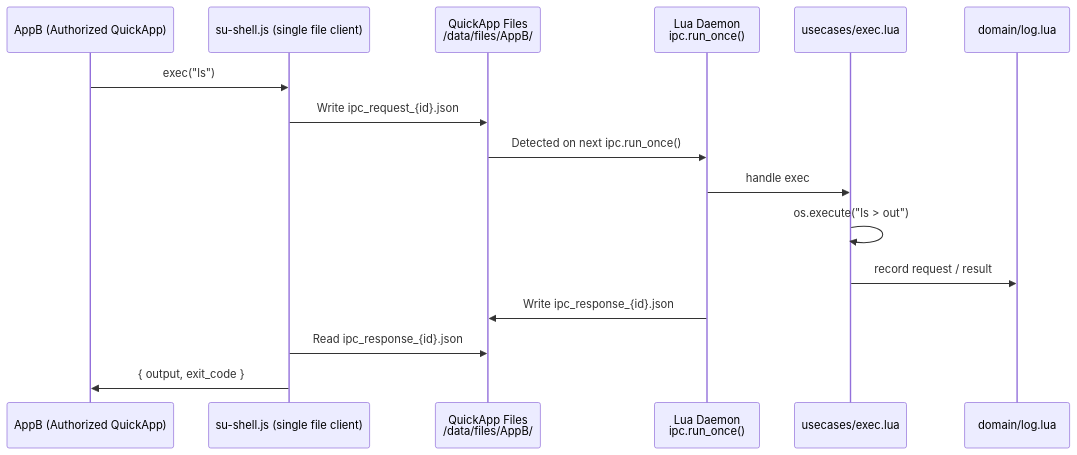
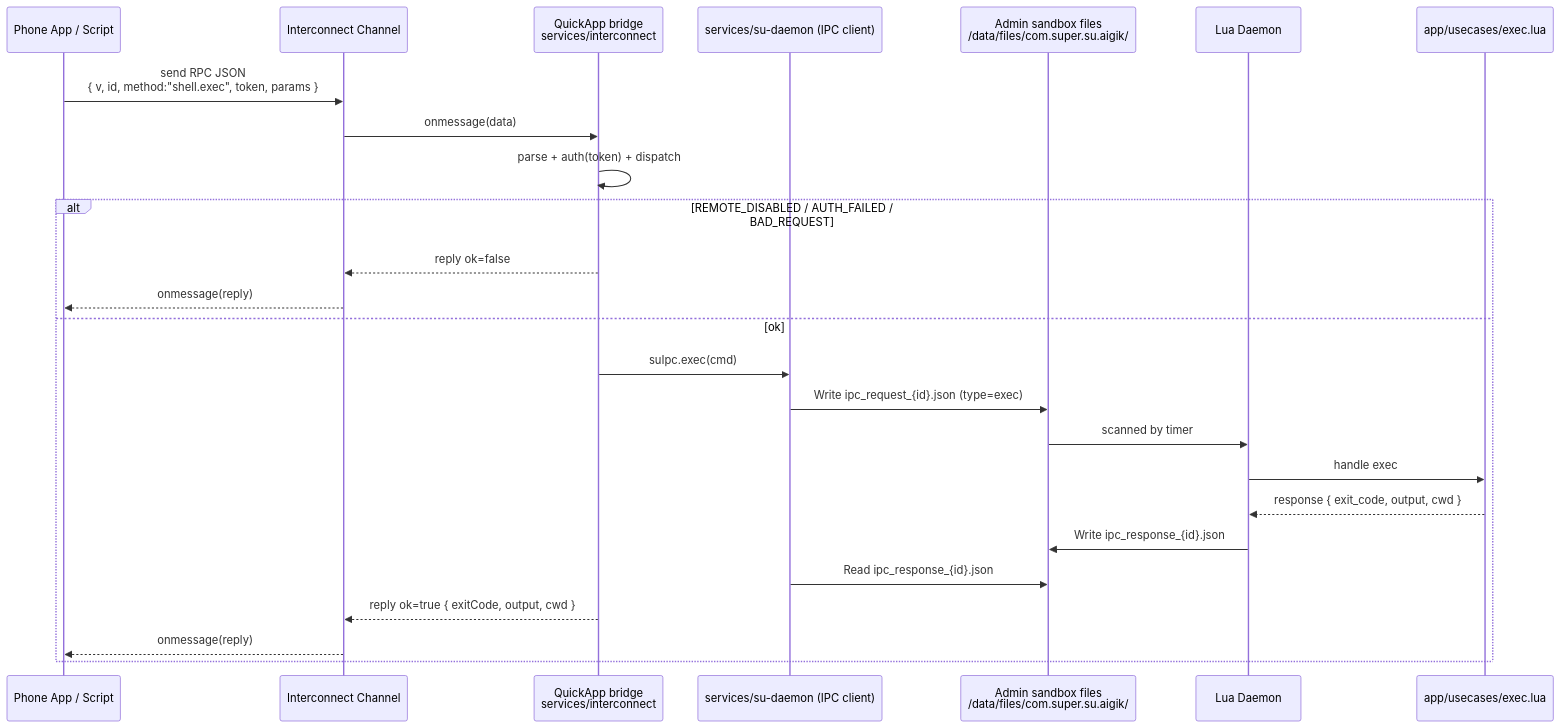
One commit to FangAiden/Vela-Shell-Bridge changed the second of 5 diagrams in README.md. Above: the diagram before and after it, drawn with Mermaid. The commit also changed other lines of this file, not shown here.

````diff
--- a/README.md
+++ b/README.md
@@ -417,19 +451,28 @@
 ```mermaid
 sequenceDiagram
-  participant B as AppB (Authorized QuickApp)
-  participant JS as su-shell.js (single file client)
-  participant FS as QuickApp Files<br/>/data/files/AppB/
-  participant L as Lua Daemon<br/>ipc.run_once()
-  participant EX as usecases/exec.lua
-  participant LOG as domain/log.lua
+  participant Phone as Phone App / Script
+  participant IC as Interconnect Channel
+  participant Bridge as QuickApp bridge<br/>services/interconnect
+  participant SU as services/su-daemon (IPC client)
+  participant Files as Admin sandbox files<br/>/data/files/com.super.su.aigik/
+  participant Lua as Lua Daemon
+  participant ExecUC as app/usecases/exec.lua
 
-  B->>JS: exec("ls")
-  JS->>FS: Write ipc_request_{id}.json
-  FS->>L: Detected on next ipc.run_once()
-  L->>EX: handle exec
-  EX->>EX: os.execute("ls > out")
-  EX->>LOG: record request / result
-  L->>FS: Write ipc_response_{id}.json
-  JS->>FS: Read ipc_response_{id}.json
-  JS->>B: { output, exit_code }
+  Phone->>IC: send RPC JSON<br/>{ v, id, method:"shell.exec", token, params }
+  IC->>Bridge: onmessage(data)
+  Bridge->>Bridge: parse + auth(token) + dispatch
+  alt REMOTE_DISABLED / AUTH_FAILED / BAD_REQUEST
+    Bridge-->>IC: reply ok=false
+    IC-->>Phone: onmessage(reply)
+  else ok
+    Bridge->>SU: suIpc.exec(cmd)
+    SU->>Files: Write ipc_request_{id}.json (type=exec)
+    Files->>Lua: scanned by timer
+    Lua->>ExecUC: handle exec
+    ExecUC-->>Lua: response { exit_code, output, cwd }
+    Lua->>Files: Write ipc_response_{id}.json
+    SU->>Files: Read ipc_response_{id}.json
+    Bridge-->>IC: reply ok=true { exitCode, output, cwd }
+    IC-->>Phone: onmessage(reply)
+  end
 ```
````
